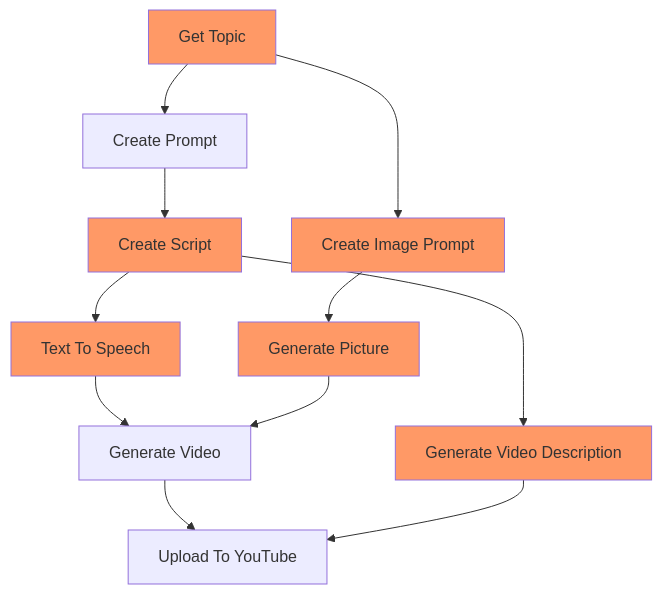
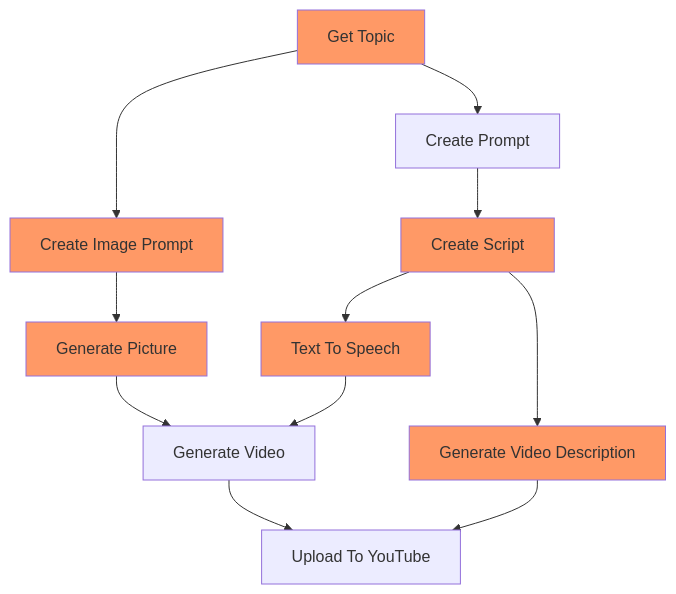
Before and after one commit to MatthijsvdVeer/PeaceProcessor: the diagram in README.md, drawn with Mermaid.

Commit message:
Quick fix for a better flowchart (#25)

````diff
--- a/README.md
+++ b/README.md
@@ -6,19 +6,19 @@
 ```mermaid
 flowchart TD
     get-topic[Get Topic]:::AI
     create-prompt[Create Prompt]
     create-script[Create Script]:::AI
     create-image-prompt[Create Image Prompt]:::AI
     generate-picture[Generate Picture]:::AI
     tts[Text To Speech]:::AI
     generate-video[Generate Video]
     upload-video[Upload To YouTube]
     generate-metadata[Generate Video Description]:::AI
 
 
+    get-topic-->create-image-prompt-->generate-picture-->generate-video    
     get-topic-->create-prompt-->create-script-->tts-->generate-video-->upload-video
-    create-script-->generate-metadata-->upload-video    
-    get-topic-->create-image-prompt-->generate-picture-->generate-video
+    create-script-->generate-metadata-->upload-video
     
     classDef AI fill:#f96
 ```
````
